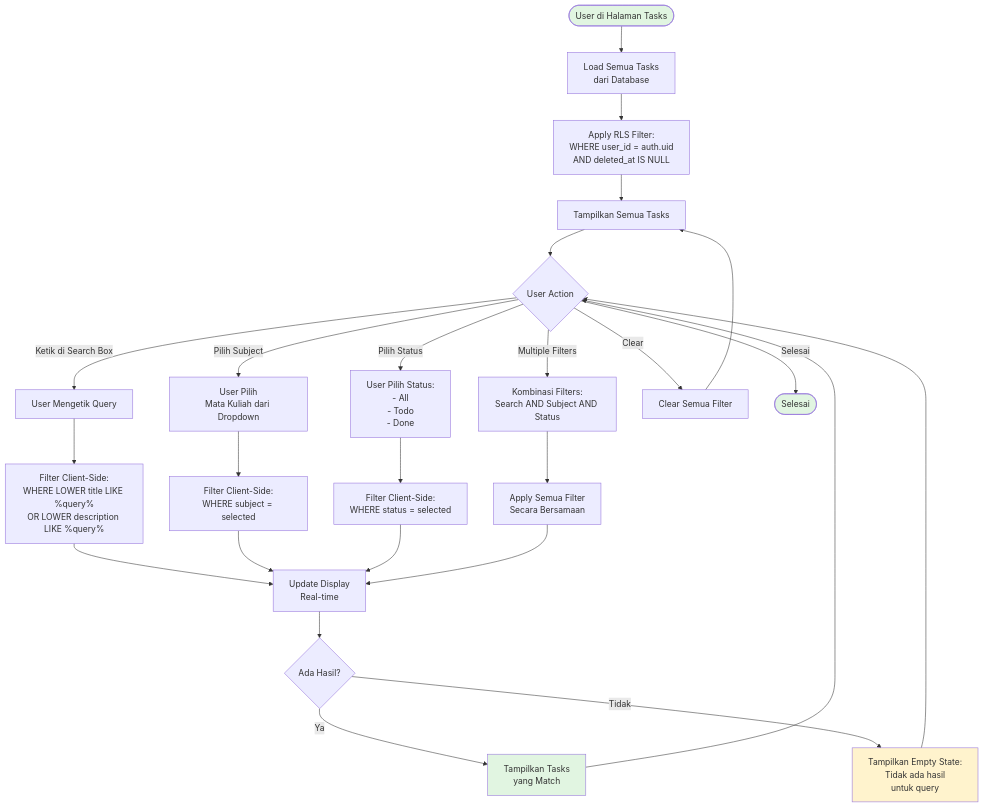
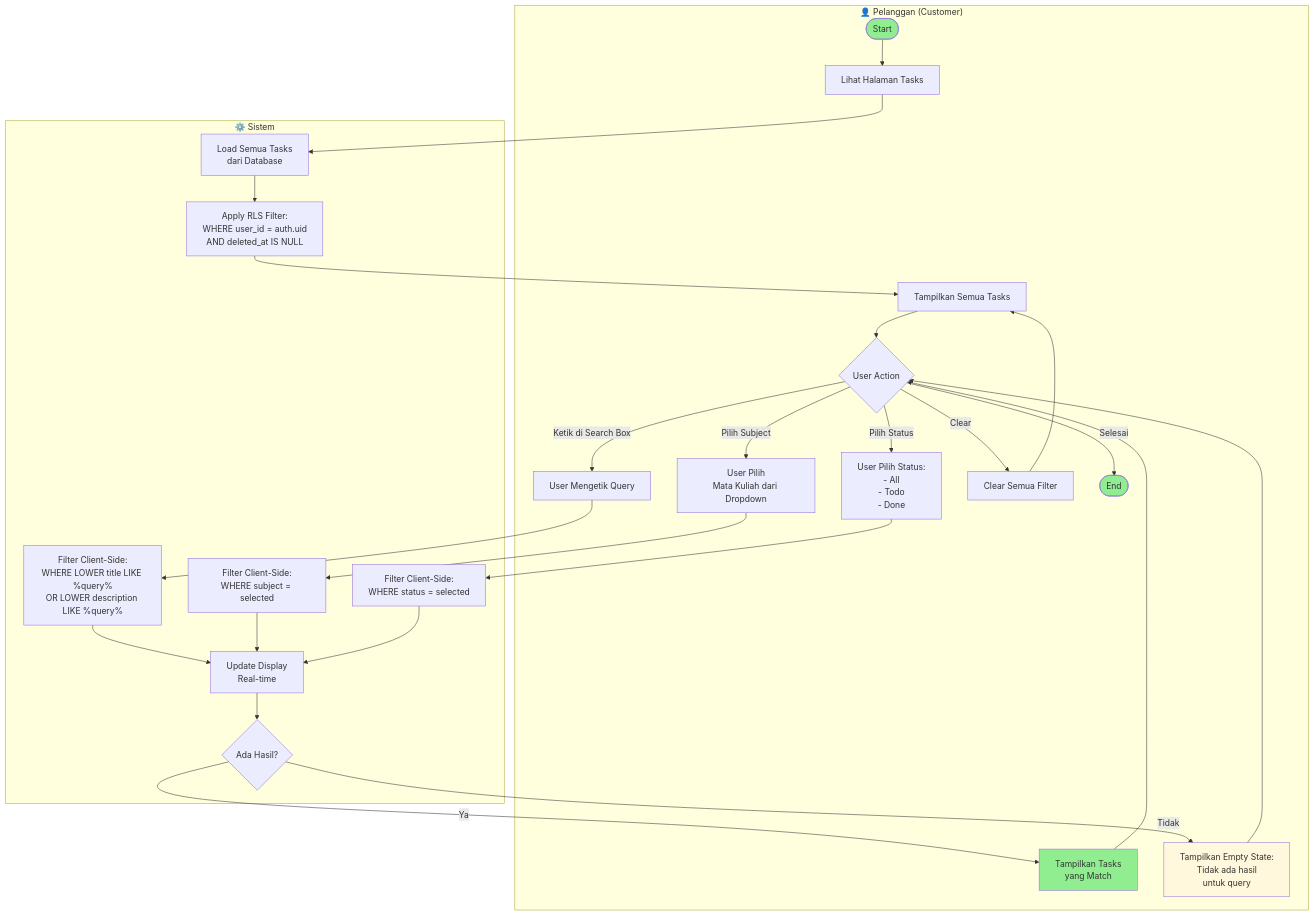
Before and after one commit to FarhanEfendi21/FlowDay: the sixth of 12 diagrams in ACTIVITY_DIAGRAMS.md, drawn with Mermaid. The commit also changed other lines of this file and 2 other files, not shown here.

Commit message:
fix activity diagram

````diff
--- a/ACTIVITY_DIAGRAMS.md
+++ b/ACTIVITY_DIAGRAMS.md
@@ -297,43 +354,56 @@
 ```mermaid
 graph TD
-    Start([User di Halaman Tasks]) --> LoadAll[Load Semua Tasks<br/>dari Database]
-    LoadAll --> ApplyRLS[Apply RLS Filter:<br/>WHERE user_id = auth.uid<br/>AND deleted_at IS NULL]
-    ApplyRLS --> DisplayInitial[Tampilkan Semua Tasks]
-    DisplayInitial --> UserAction{User Action}
+    subgraph User["👤 Pelanggan (Customer)"]
+        Start([Start]) --> ViewTasks[Lihat Halaman Tasks]
+        DisplayInitial[Tampilkan Semua Tasks] --> UserAction{User Action}
+        
+        %% SEARCH
+        UserAction -->|Ketik di Search Box| InputSearch[User Mengetik Query]
+        
+        %% FILTER SUBJECT
+        UserAction -->|Pilih Subject| SelectSubject[User Pilih<br/>Mata Kuliah dari Dropdown]
+        
+        %% FILTER STATUS
+        UserAction -->|Pilih Status| SelectStatus[User Pilih Status:<br/>- All<br/>- Todo<br/>- Done]
+        
+        %% CLEAR
+        UserAction -->|Clear| ClearAll[Clear Semua Filter]
+        
+        ShowResults[Tampilkan Tasks<br/>yang Match] --> UserAction
+        ShowEmpty[Tampilkan Empty State:<br/>Tidak ada hasil<br/>untuk query] --> UserAction
+        ClearAll --> DisplayInitial
+        UserAction -->|Selesai| End([End])
+    end
     
-    %% SEARCH FLOW
-    UserAction -->|Ketik di Search Box| InputSearch[User Mengetik Query]
-    InputSearch --> SearchFilter[Filter Client-Side:<br/>WHERE LOWER title LIKE %query%<br/>OR LOWER description LIKE %query%]
-    SearchFilter --> UpdateDisplay[Update Display<br/>Real-time]
-    UpdateDisplay --> CheckResults{Ada Hasil?}
-    CheckResults -->|Ya| ShowResults[Tampilkan Tasks<br/>yang Match]
-    CheckResults -->|Tidak| ShowEmpty[Tampilkan Empty State:<br/>Tidak ada hasil<br/>untuk query]
-    ShowResults --> UserAction
-    ShowEmpty --> UserAction
+    subgraph System["⚙️ Sistem"]
+        LoadAll[Load Semua Tasks<br/>dari Database]
+        LoadAll --> ApplyRLS[Apply RLS Filter:<br/>WHERE user_id = auth.uid<br/>AND deleted_at IS NULL]
+        ApplyRLS --> DisplayInitial
+        
+        %% SEARCH SYSTEM
+        SearchFilter[Filter Client-Side:<br/>WHERE LOWER title LIKE %query%<br/>OR LOWER description LIKE %query%]
+        SearchFilter --> UpdateDisplay[Update Display<br/>Real-time]
+        
+        %% FILTER SUBJECT SYSTEM
+        SubjectFilter[Filter Client-Side:<br/>WHERE subject = selected]
+        SubjectFilter --> UpdateDisplay
+        
+        %% FILTER STATUS SYSTEM
+        StatusFilter[Filter Client-Side:<br/>WHERE status = selected]
+        StatusFilter --> UpdateDisplay
+        
+        UpdateDisplay --> CheckResults{Ada Hasil?}
+        CheckResults -->|Ya| ShowResults
+        CheckResults -->|Tidak| ShowEmpty
+    end
     
-    %% FILTER BY SUBJECT
-    UserAction -->|Pilih Subject| SelectSubject[User Pilih<br/>Mata Kuliah dari Dropdown]
-    SelectSubject --> SubjectFilter[Filter Client-Side:<br/>WHERE subject = selected]
-    SubjectFilter --> UpdateDisplay
-    
-    %% FILTER BY STATUS
-    UserAction -->|Pilih Status| SelectStatus[User Pilih Status:<br/>- All<br/>- Todo<br/>- Done]
-    SelectStatus --> StatusFilter[Filter Client-Side:<br/>WHERE status = selected]
-    StatusFilter --> UpdateDisplay
-    
-    %% COMBINED FILTERS
-    UserAction -->|Multiple Filters| CombineFilters[Kombinasi Filters:<br/>Search AND Subject AND Status]
-    CombineFilters --> ApplyAll[Apply Semua Filter<br/>Secara Bersamaan]
-    ApplyAll --> UpdateDisplay
-    
-    %% CLEAR FILTERS
-    UserAction -->|Clear| ClearAll[Clear Semua Filter]
-    ClearAll --> DisplayInitial
-    
-    UserAction -->|Selesai| End([Selesai])
+    ViewTasks --> LoadAll
+    InputSearch --> SearchFilter
+    SelectSubject --> SubjectFilter
+    SelectStatus --> StatusFilter
 
-    style Start fill:#e1f5e1
-    style End fill:#e1f5e1
-    style ShowEmpty fill:#fff3cd
-    style ShowResults fill:#e1f5e1
+    style Start fill:#90EE90
+    style End fill:#90EE90
+    style ShowEmpty fill:#FFF8DC
+    style ShowResults fill:#90EE90
 ```
````
